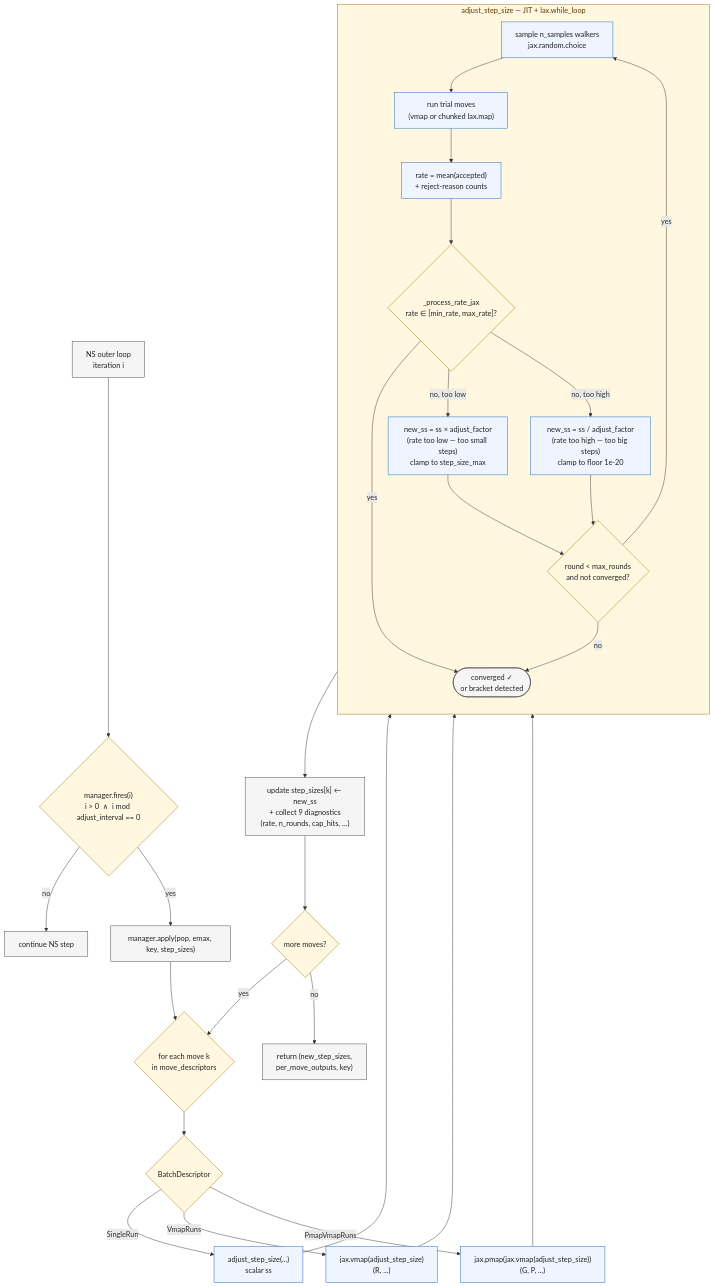
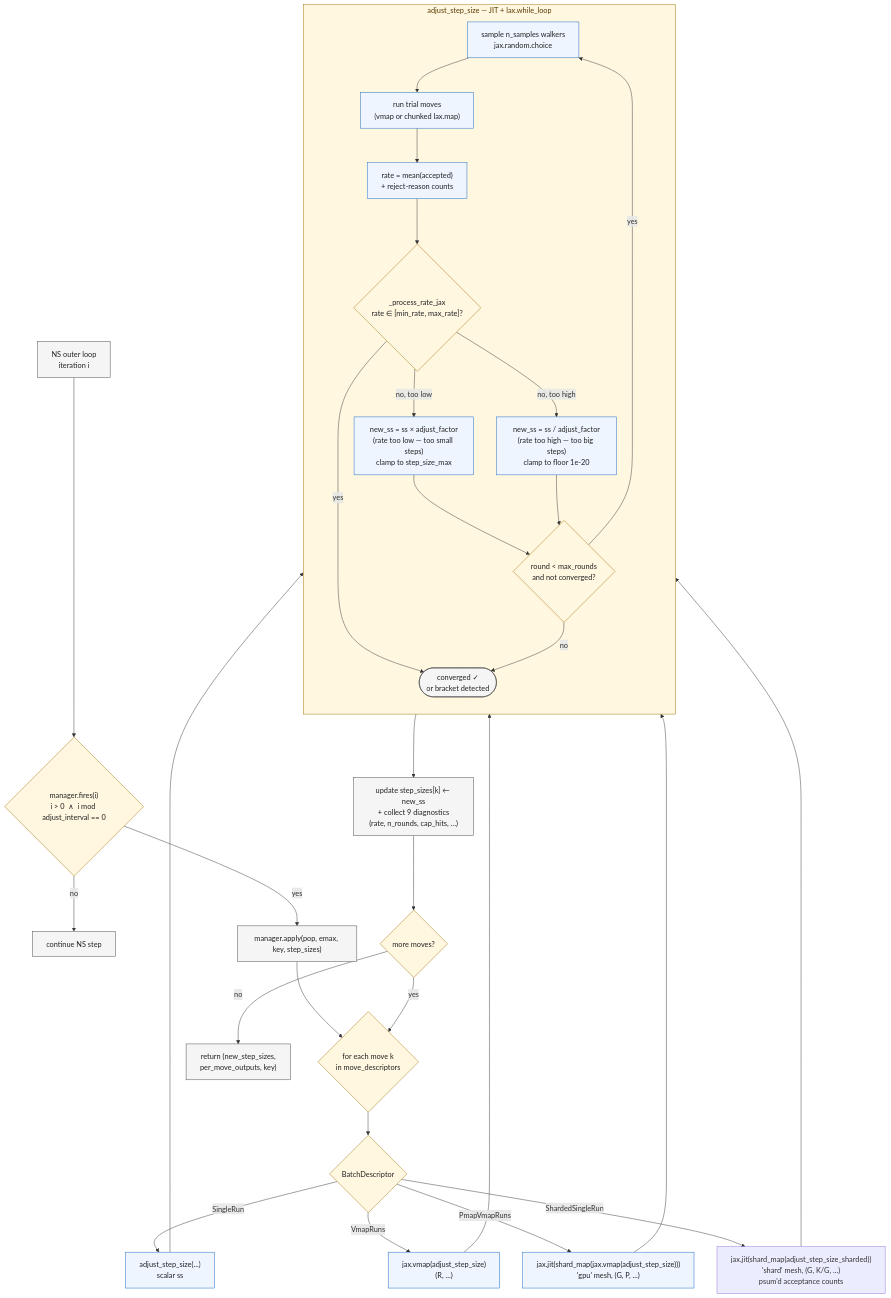
One commit to nunglert/jaxrens changed the second of 2 diagrams in docs/user/concepts/moves_mwg.md. Above: the diagram before and after it, drawn with Mermaid. The commit also changed 26 other files, not shown here.

Commit message:
Updated docs and docstrings for new shard_map layout

````diff
--- a/docs/user/concepts/moves_mwg.md
+++ b/docs/user/concepts/moves_mwg.md
@@ -125,51 +125,53 @@
 ```{mermaid}
 flowchart TB
     LOOP["NS outer loop<br/>iteration i"]
     LOOP --> FIRES{"manager.fires(i)<br/>i &gt; 0  ∧  i mod adjust_interval == 0"}
     FIRES -- no --> CONT["continue NS step"]
     FIRES -- yes --> APPLY["manager.apply(pop, emax, key, step_sizes)"]
 
     APPLY --> LOOPK{"for each move k<br/>in move_descriptors"}
     LOOPK --> DESC{"BatchDescriptor"}
     DESC -- SingleRun --> SR["adjust_step_size(...)<br/>scalar ss"]
     DESC -- VmapRuns --> VR["jax.vmap(adjust_step_size)<br/>(R, ...)"]
-    DESC -- PmapVmapRuns --> PR["jax.pmap(jax.vmap(adjust_step_size))<br/>(G, P, ...)"]
+    DESC -- PmapVmapRuns --> PR["jax.jit(shard_map(jax.vmap(adjust_step_size)))<br/>'gpu' mesh, (G, P, ...)"]
+    DESC -- ShardedSingleRun --> SH["jax.jit(shard_map(adjust_step_size_sharded))<br/>'shard' mesh, (G, K/G, ...)<br/>psum'd acceptance counts"]
 
     subgraph jit_box["adjust_step_size — JIT + lax.while_loop"]
         direction TB
         SAMPLE["sample n_samples walkers<br/>jax.random.choice"]
         TRIAL["run trial moves<br/>(vmap or chunked lax.map)"]
         RATE["rate = mean(accepted)<br/>+ reject-reason counts"]
         PROC{"_process_rate_jax<br/>rate ∈ [min_rate, max_rate]?"}
         UP["new_ss = ss × adjust_factor<br/>(rate too low — too small steps)<br/>clamp to step_size_max"]
         DN["new_ss = ss / adjust_factor<br/>(rate too high — too big steps)<br/>clamp to floor 1e-20"]
         CONV(["converged ✓<br/>or bracket detected"])
         NEXT{"round &lt; max_rounds<br/>and not converged?"}
 
         SAMPLE --> TRIAL --> RATE --> PROC
         PROC -- yes --> CONV
         PROC -- "no, too low" --> UP --> NEXT
         PROC -- "no, too high" --> DN --> NEXT
         NEXT -- yes --> SAMPLE
         NEXT -- no --> CONV
     end
 
     SR --> SAMPLE
     VR --> SAMPLE
     PR --> SAMPLE
+    SH --> SAMPLE
 
     CONV --> WRITE["update step_sizes[k] ← new_ss<br/>+ collect 9 diagnostics<br/>(rate, n_rounds, cap_hits, …)"]
     WRITE --> NEXTK{"more moves?"}
     NEXTK -- yes --> LOOPK
     NEXTK -- no --> RET["return (new_step_sizes,<br/>per_move_outputs, key)"]
 
     classDef decision fill:#fff7e0,stroke:#a07000,color:#222
     classDef path fill:#eef5ff,stroke:#1565c0,color:#222
     classDef jitBox fill:#fff7e0,stroke:#a07000,color:#5a3a00
     classDef io fill:#f5f5f5,stroke:#444,color:#222
 
     class FIRES,LOOPK,DESC,PROC,NEXT,NEXTK decision
     class SR,VR,PR,SAMPLE,TRIAL,RATE,UP,DN path
     class jit_box jitBox
     class LOOP,APPLY,CONT,WRITE,RET,CONV io
 ```
````
